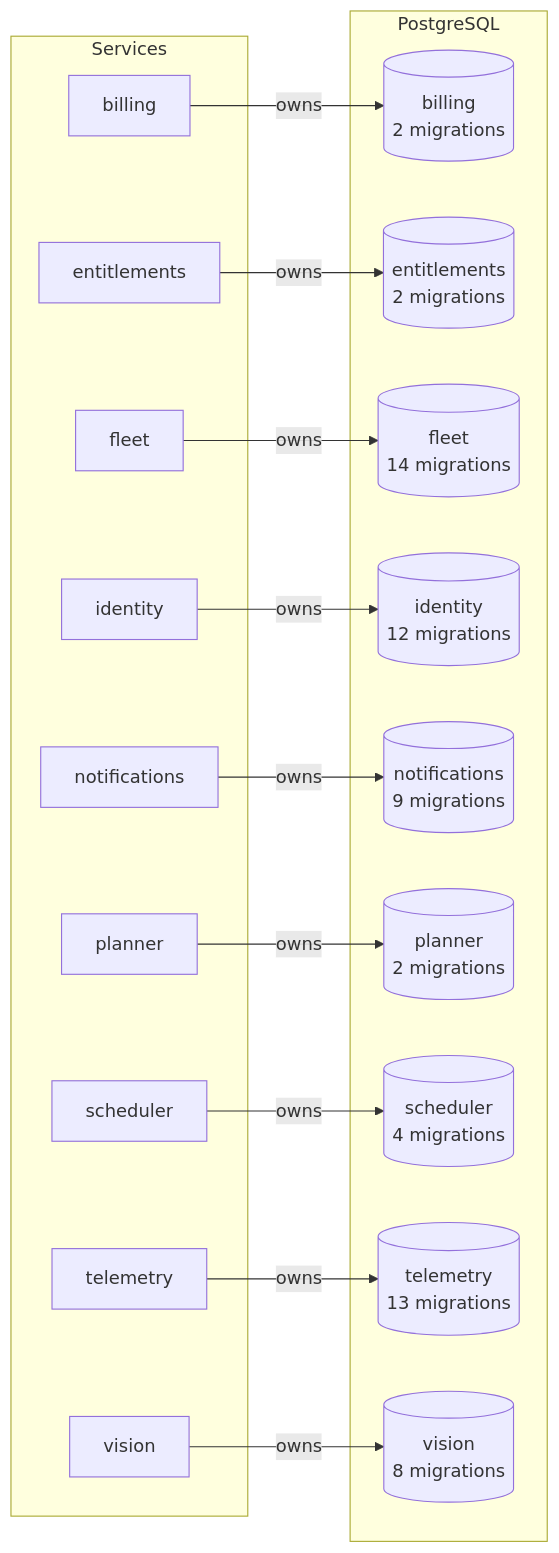
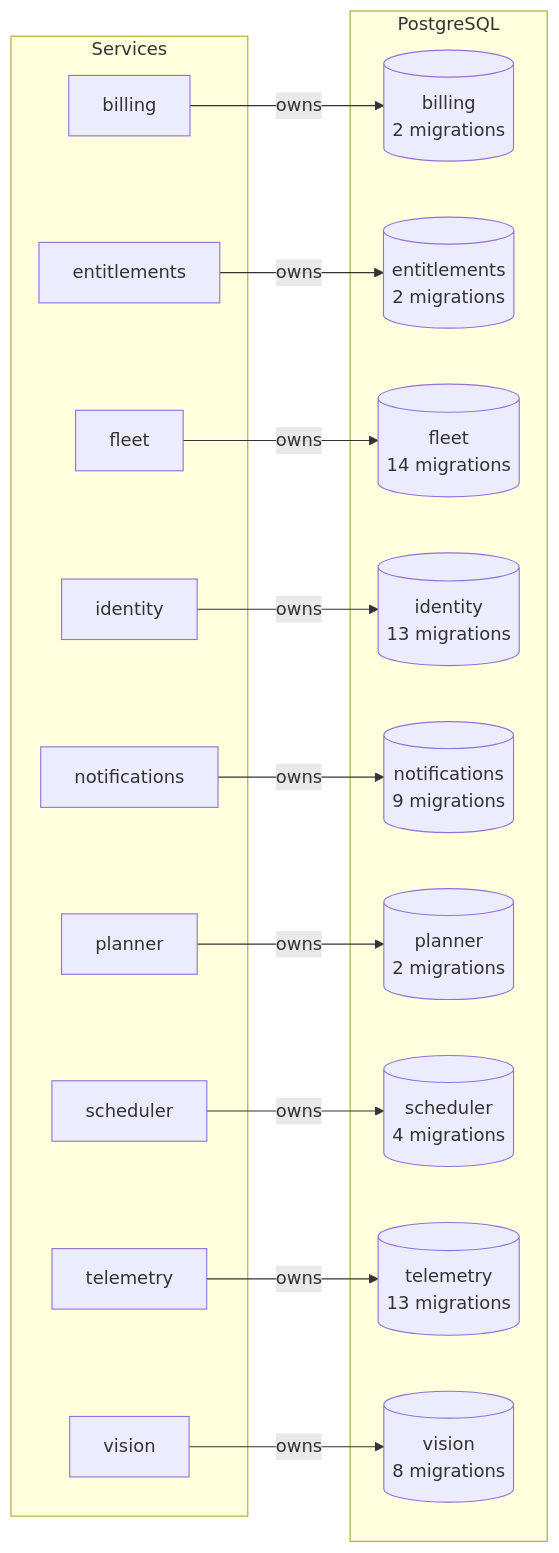
One commit to lukislp/mowdeck changed diagram 15 of 15 in docs/architecture/generated.md. Above: the diagram before and after it, drawn with Mermaid. The commit also changed other lines of this file and 75 other files, not shown here.

````diff
--- a/docs/architecture/generated.md
+++ b/docs/architecture/generated.md
@@ -571,34 +574,34 @@
 ```mermaid
 flowchart LR
   subgraph apps[Services]
     billing["billing"]
     entitlements["entitlements"]
     fleet["fleet"]
     identity["identity"]
     notifications["notifications"]
     planner["planner"]
     scheduler["scheduler"]
     telemetry["telemetry"]
     vision["vision"]
   end
   subgraph pg[PostgreSQL]
     db_billing[("billing<br/>2 migrations")]
     db_entitlements[("entitlements<br/>2 migrations")]
     db_fleet[("fleet<br/>14 migrations")]
-    db_identity[("identity<br/>12 migrations")]
+    db_identity[("identity<br/>13 migrations")]
     db_notifications[("notifications<br/>9 migrations")]
     db_planner[("planner<br/>2 migrations")]
     db_scheduler[("scheduler<br/>4 migrations")]
     db_telemetry[("telemetry<br/>13 migrations")]
     db_vision[("vision<br/>8 migrations")]
   end
   billing -->|owns| db_billing
   entitlements -->|owns| db_entitlements
   fleet -->|owns| db_fleet
   identity -->|owns| db_identity
   notifications -->|owns| db_notifications
   planner -->|owns| db_planner
   scheduler -->|owns| db_scheduler
   telemetry -->|owns| db_telemetry
   vision -->|owns| db_vision
 ```
````
